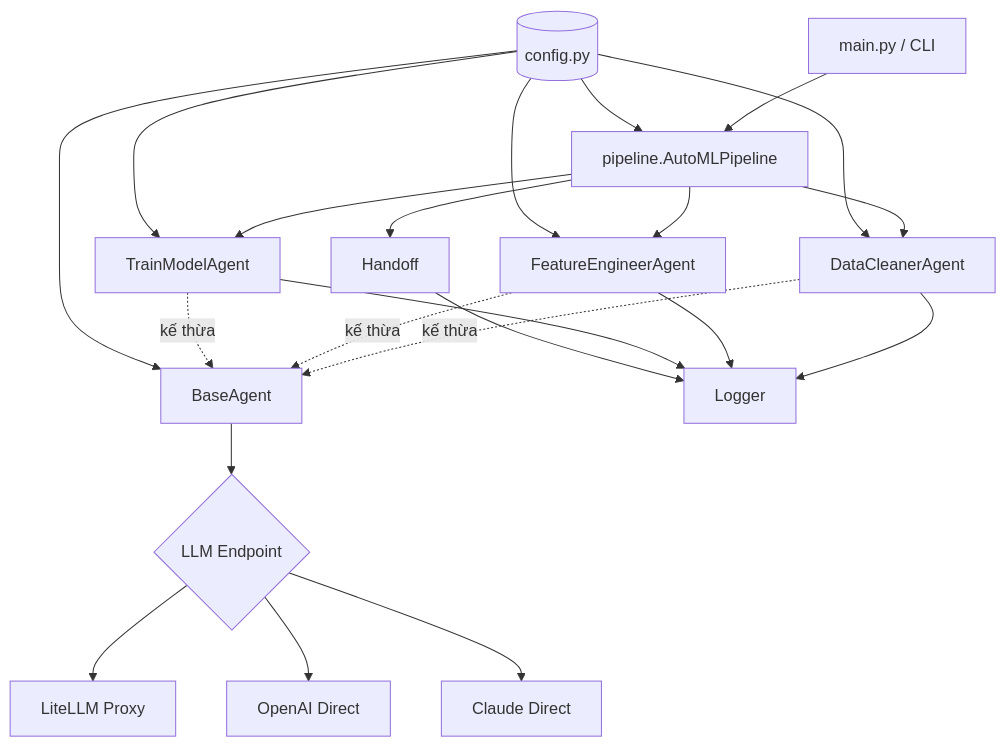
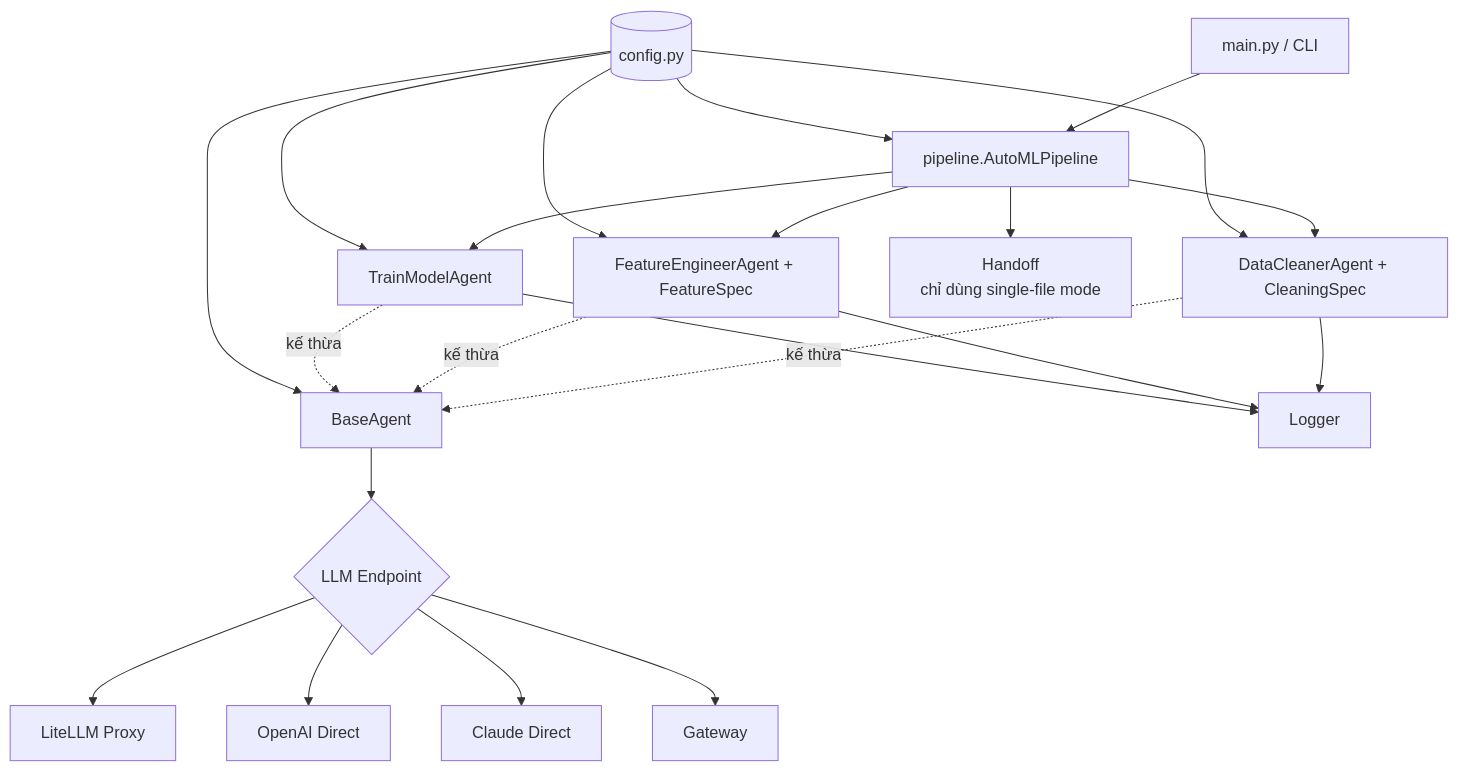
The first of 25 diagrams in docs/architecture.md (baongoc83/Multi-Agent-Auto-ML_NB), drawn with Mermaid before and after one commit. The commit also changed other lines of this file and 1 other file, not shown here.

First line of the commit message:
docs: rewrite README + architecture.md for fit-on-train + transform refactor

````diff
--- a/docs/architecture.md
+++ b/docs/architecture.md
@@ -49,28 +55,28 @@
 ```mermaid
 flowchart TD
     Main[main.py / CLI] --> Pipe[pipeline.AutoMLPipeline]
-    Pipe --> A1[DataCleanerAgent]
-    Pipe --> A2[FeatureEngineerAgent]
+    Pipe --> A1[DataCleanerAgent + CleaningSpec]
+    Pipe --> A2[FeatureEngineerAgent + FeatureSpec]
     Pipe --> A3[TrainModelAgent]
-    Pipe --> HO[Handoff]
+    Pipe --> HO[Handoff<br/>chỉ dùng single-file mode]
 
     A1 -.kế thừa.-> Base[BaseAgent]
     A2 -.kế thừa.-> Base
     A3 -.kế thừa.-> Base
 
     Base --> LLM{LLM Endpoint}
     LLM --> Proxy[LiteLLM Proxy]
     LLM --> OAI[OpenAI Direct]
     LLM --> CLD[Claude Direct]
+    LLM --> GW[Gateway]
 
     A1 --> Logger
     A2 --> Logger
     A3 --> Logger
-    HO --> Logger
 
     Config[(config.py)] --> Base
     Config --> Pipe
     Config --> A1
     Config --> A2
     Config --> A3
 ```
````
